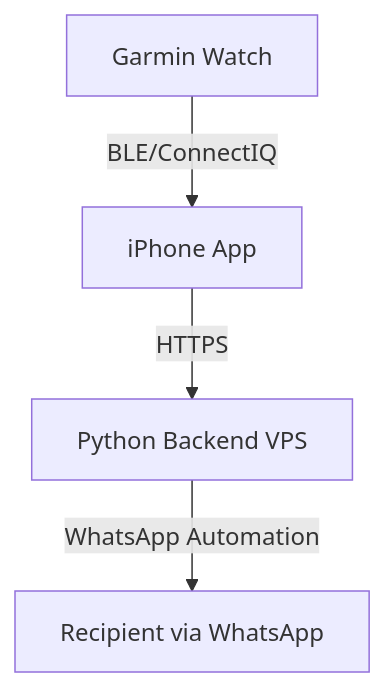
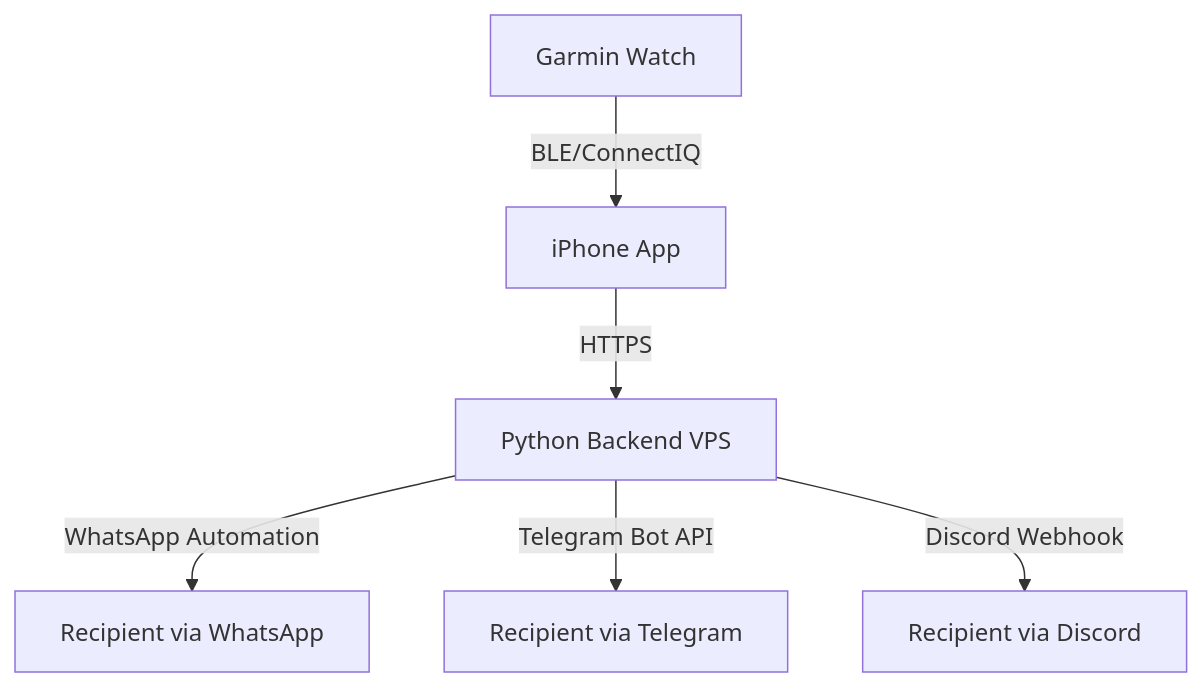
One commit to ItayBenben/Wrist2MSG changed the diagram in Architecture_Design.md. Above: the diagram before and after it, drawn with Mermaid. The commit also changed other lines of this file and 4 other files, not shown here.

Commit message:
feat: Add Telegram and Discord messaging support

````diff
--- a/Architecture_Design.md
+++ b/Architecture_Design.md
@@ -19,6 +19,8 @@
 ```mermaid
 graph TD
     A[Garmin Watch] -->|BLE/ConnectIQ| B[iPhone App]
     B -->|HTTPS| C[Python Backend VPS]
     C -->|WhatsApp Automation| D[Recipient via WhatsApp]
+    C -->|Telegram Bot API| E[Recipient via Telegram]
+    C -->|Discord Webhook| F[Recipient via Discord]
 ```
````
